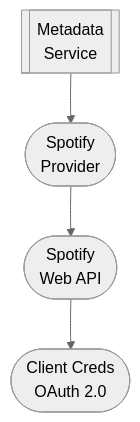
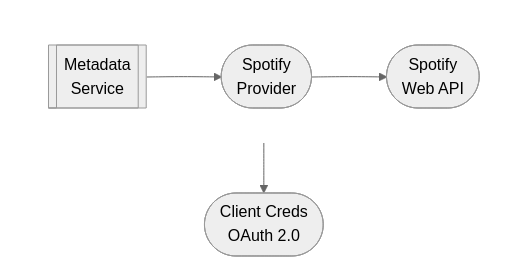
The diagram in docs/dev/design/integrations/metadata/music/SPOTIFY.md (lusoris/revenge), drawn with Mermaid (neutral theme) before and after one commit. The commit also changed 210 other files, not shown here.

First line of the commit message:
feat(docs): Add horizontal layout support for Mermaid diagrams

````diff
--- a/docs/dev/design/integrations/metadata/music/SPOTIFY.md
+++ b/docs/dev/design/integrations/metadata/music/SPOTIFY.md
@@ -59,10 +59,16 @@
 ```mermaid
 flowchart TD
-    node1[["Metadata<br/>Service"]]
-    node2(["Spotify<br/>Provider"])
-    node3(["Spotify<br/>Web API"])
+    subgraph row1[ ]
+        direction LR
+        node1[["Metadata<br/>Service"]]
+        node2(["Spotify<br/>Provider"])
+        node3(["Spotify<br/>Web API"])
+    end
     node4(["Client Creds<br/>OAuth 2.0"])
     node1 --> node2
     node2 --> node3
     node3 --> node4
+
+    %% Hide row subgraph borders
+    style row1 fill:transparent,stroke:transparent
 ```
````
